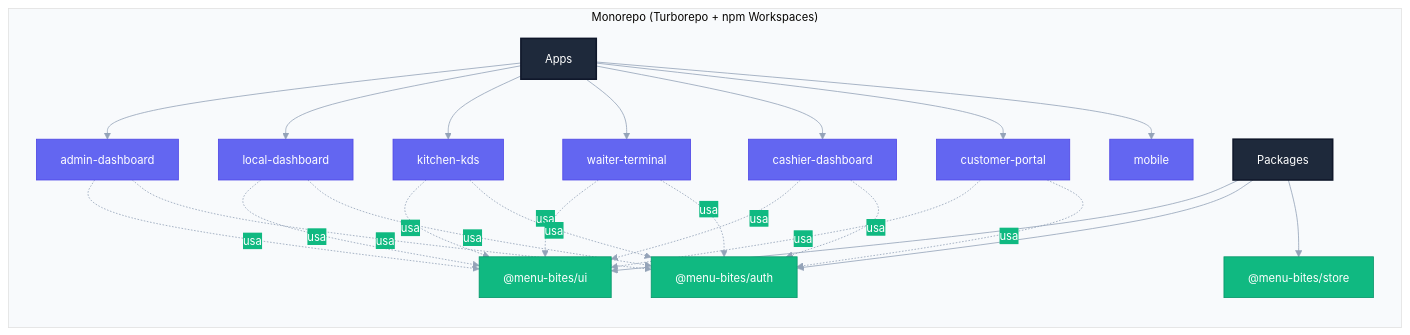
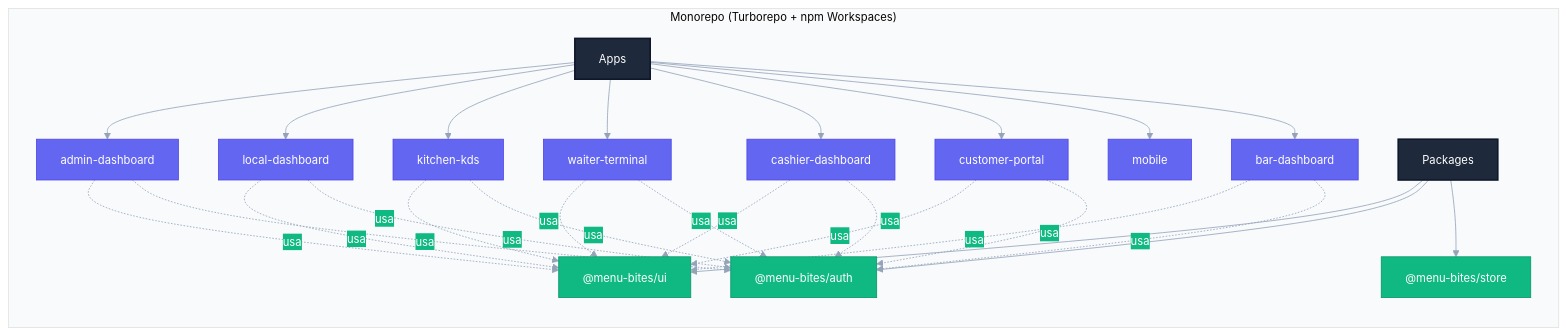
One commit to Hctr2002/Software-Restaurantes changed the first of 7 diagrams in Documentacion/TECHNICAL_SAD.md. Above: the diagram before and after it, drawn with Mermaid. The commit also changed other lines of this file and 9 other files, not shown here.

````diff
--- a/Documentacion/TECHNICAL_SAD.md
+++ b/Documentacion/TECHNICAL_SAD.md
@@ -47,48 +48,51 @@
 ```mermaid
 %%{init: {
   'theme': 'base',
   'themeVariables': {
     'primaryColor': '#6366f1',
     'primaryTextColor': '#ffffff',
     'primaryBorderColor': '#4f46e5',
     'lineColor': '#94a3b8',
     'secondaryColor': '#10b981',
     'tertiaryColor': '#f8fafc',
     'fontFamily': 'Inter, sans-serif',
     'fontSize': '14px'
   }
 }}%%
 graph TD
     classDef appNode fill:#6366f1,stroke:#4f46e5,color:#fff;
     classDef pkgNode fill:#10b981,stroke:#059669,color:#fff;
     classDef rootNode fill:#1e293b,stroke:#0f172a,color:#fff,stroke-width:2px;
 
     subgraph Monorepo ["Monorepo (Turborepo + npm Workspaces)"]
         direction TB
         A[Apps]:::rootNode --> B[admin-dashboard]:::appNode
         A --> C[local-dashboard]:::appNode
         A --> D[kitchen-kds]:::appNode
         A --> E[waiter-terminal]:::appNode
         A --> F[cashier-dashboard]:::appNode
         A --> G[customer-portal]:::appNode
         A --> H[mobile]:::appNode
+        A --> I[bar-dashboard]:::appNode
 
         P[Packages]:::rootNode --> UI["@menu-bites/ui"]:::pkgNode
         P --> AUTH["@menu-bites/auth"]:::pkgNode
         P --> STORE["@menu-bites/store"]:::pkgNode
 
         B -.->|usa| UI
         C -.->|usa| UI
         D -.->|usa| UI
         E -.->|usa| UI
         F -.->|usa| UI
         G -.->|usa| UI
 
         B -.->|usa| AUTH
         C -.->|usa| AUTH
         D -.->|usa| AUTH
         E -.->|usa| AUTH
         F -.->|usa| AUTH
         G -.->|usa| AUTH
+        I -.->|usa| UI
+        I -.->|usa| AUTH
     end
 ```
````
